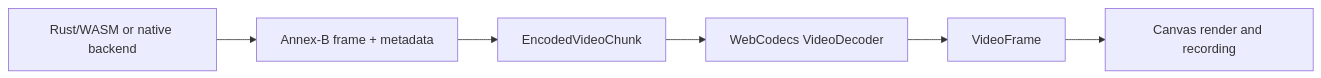
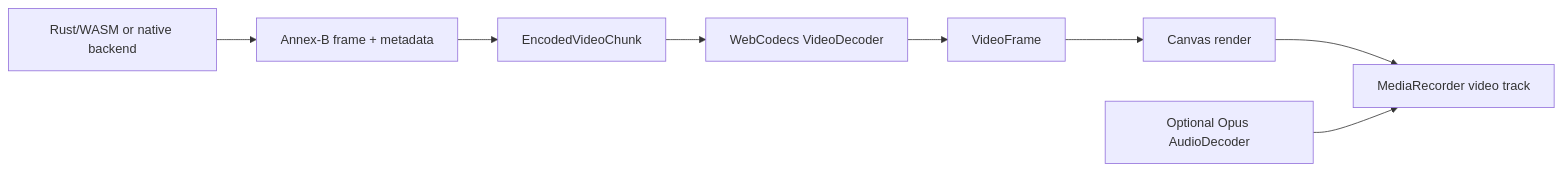
The second of 2 diagrams in docs/docs/video-pipeline.md (neelsani/openipc-rs), drawn with Mermaid before and after one commit. The commit also changed other lines of this file and 83 other files, not shown here.

````diff
--- a/docs/docs/video-pipeline.md
+++ b/docs/docs/video-pipeline.md
@@ -83,8 +111,10 @@
 ```mermaid
 flowchart LR
     Rust["Rust/WASM or native backend"] --> Frame["Annex-B frame + metadata"]
     Frame --> Chunk["EncodedVideoChunk"]
     Chunk --> Decoder["WebCodecs VideoDecoder"]
     Decoder --> Surface["VideoFrame"]
-    Surface --> Canvas["Canvas render and recording"]
+    Surface --> Canvas["Canvas render"]
+    Canvas --> Record["MediaRecorder video track"]
+    Audio["Optional Opus AudioDecoder"] --> Record
 ```
````
